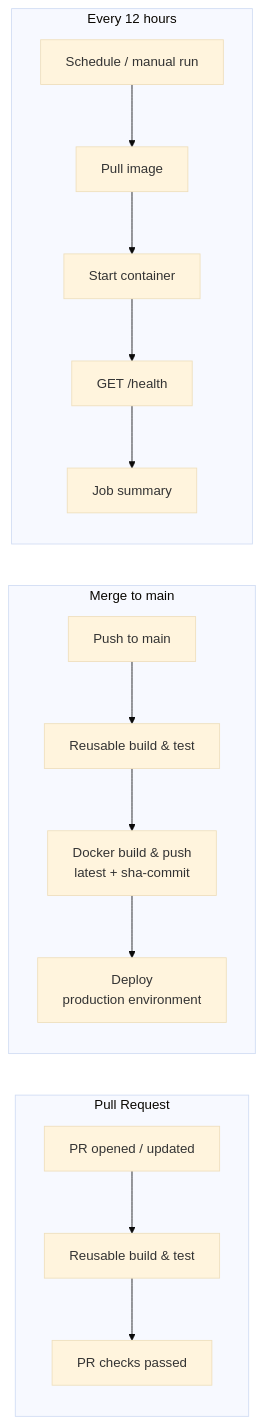
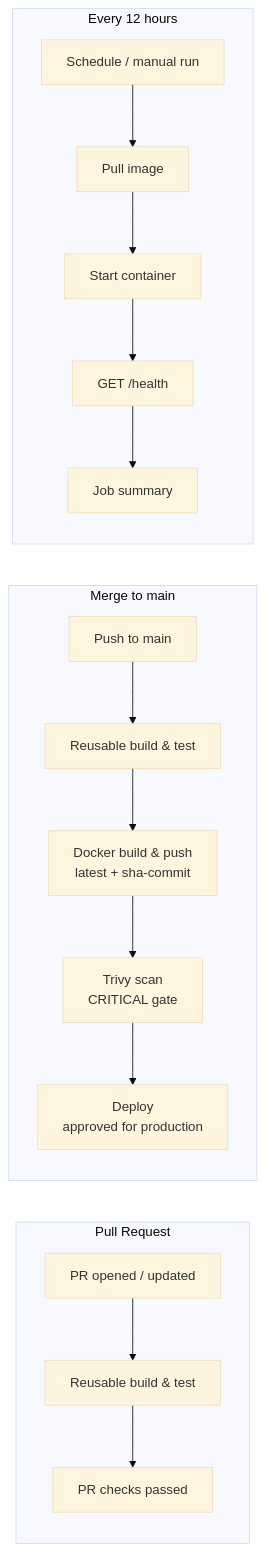
One commit to shubhu-io/90Days-Of-DevOps changed the diagram in 2026/day-48/day-48-actions-project.md. Above: the diagram before and after it, drawn with Mermaid (base theme). The commit also changed other lines of this file and 4 other files, not shown here.

Commit message:
Day 48: add the real Trivy gate and production approval

````diff
--- a/2026/day-48/day-48-actions-project.md
+++ b/2026/day-48/day-48-actions-project.md
@@ -126,15 +131,15 @@
 ```mermaid
 flowchart LR
 
 subgraph PR["Pull Request"]
   A["PR opened / updated"] --> B["Reusable build & test"] --> C["PR checks passed"]
 end
 
 subgraph MAIN["Merge to main"]
-  D["Push to main"] --> E["Reusable build & test"] --> F["Docker build & push<br/>latest + sha-commit"] --> G["Deploy<br/>production environment"]
+  D["Push to main"] --> E["Reusable build & test"] --> F["Docker build & push<br/>latest + sha-commit"] --> S["Trivy scan<br/>CRITICAL gate"] --> G["Deploy<br/>approved for production"]
 end
 
 subgraph HEALTH["Every 12 hours"]
   H["Schedule / manual run"] --> I["Pull image"] --> J["Start container"] --> K["GET /health"] --> L["Job summary"]
 end
 ```
````
